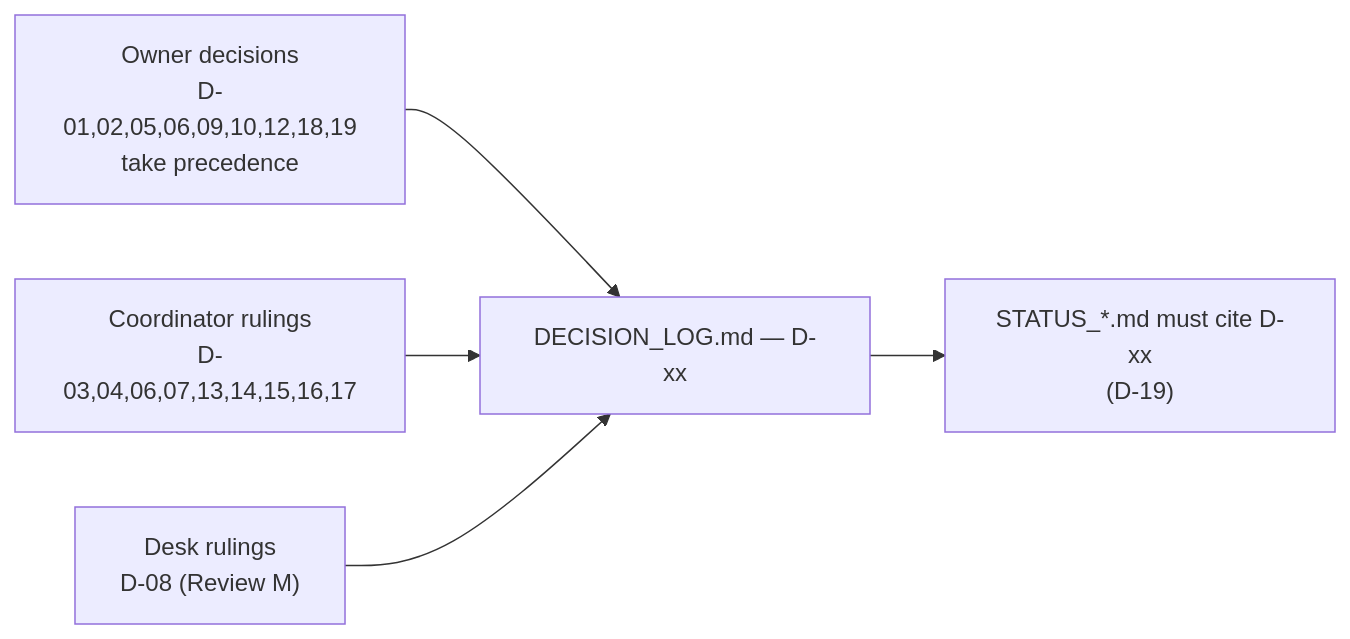
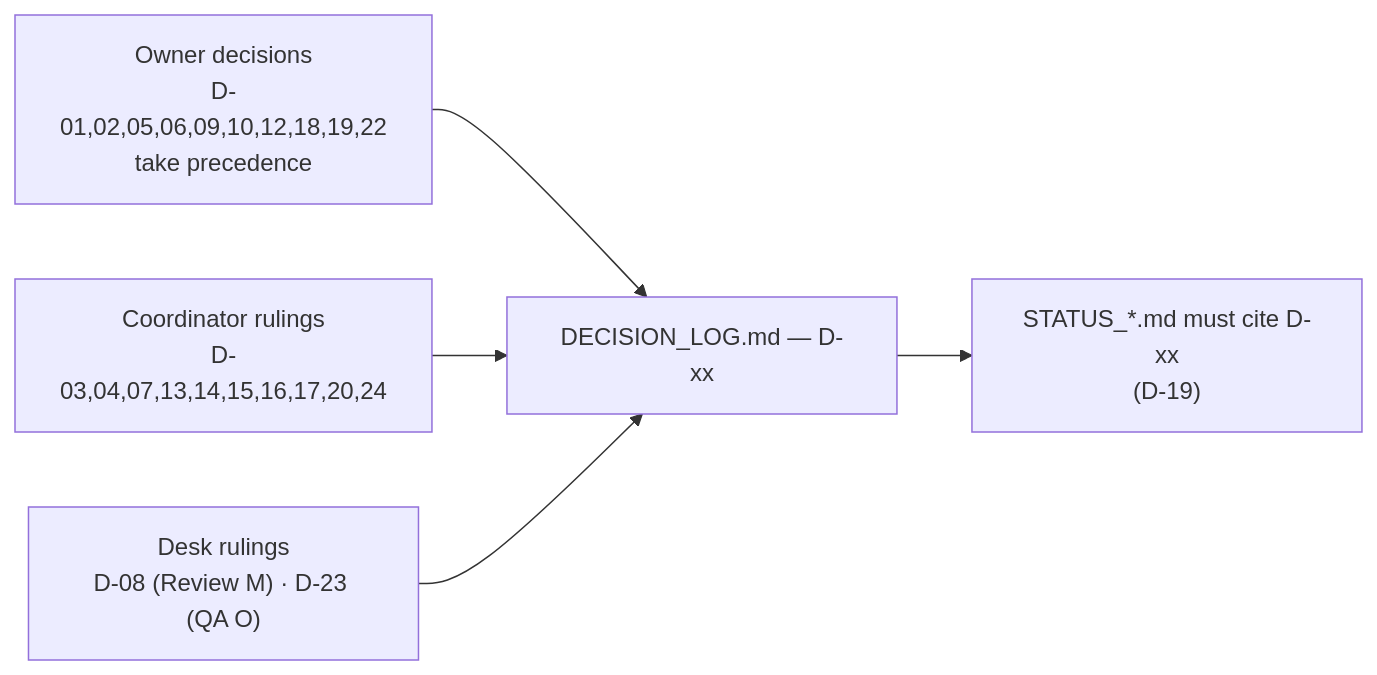
The fourth of 4 diagrams in docs/RESUME.md (xevilmaxx/CossacksGodot), drawn with Mermaid before and after one commit. The commit also changed other lines of this file and 1531 other files, not shown here.

````diff
--- a/docs/RESUME.md
+++ b/docs/RESUME.md
@@ -359,10 +372,10 @@
 ```mermaid
 flowchart LR
-  O["Owner decisions<br/>D-01,02,05,06,09,10,12,18,19<br/>take precedence"]
-  C["Coordinator rulings<br/>D-03,04,06,07,13,14,15,16,17"]
-  K["Desk rulings<br/>D-08 (Review M)"]
+  O["Owner decisions<br/>D-01,02,05,06,09,10,12,18,19,22<br/>take precedence"]
+  C["Coordinator rulings<br/>D-03,04,07,13,14,15,16,17,20,24"]
+  K["Desk rulings<br/>D-08 (Review M) · D-23 (QA O)"]
   O --> LOG["DECISION_LOG.md — D-xx"]
   C --> LOG
   K --> LOG
   LOG --> S["STATUS_*.md must cite D-xx<br/>(D-19)"]
 ```
````
